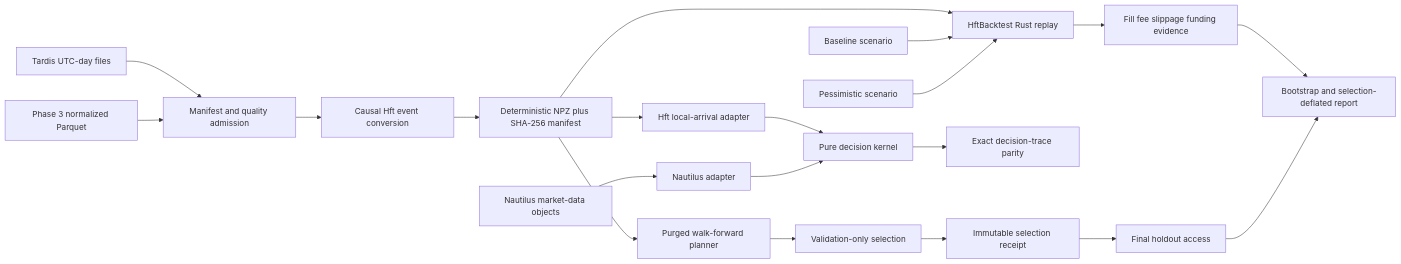
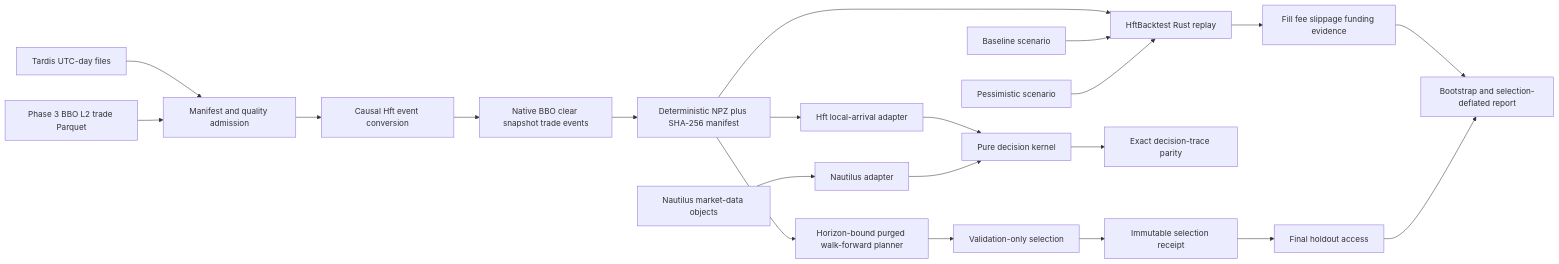
Before and after one commit to AegisFintech/AIQuantTrader: the diagram in docs/architecture/diagrams/phase-5-backtesting.mmd, drawn with Mermaid. The commit also changed 19 other files, not shown here.

```diff
--- a/docs/architecture/diagrams/phase-5-backtesting.mmd
+++ b/docs/architecture/diagrams/phase-5-backtesting.mmd
@@ -1,23 +1,24 @@
 flowchart LR
     TD[Tardis UTC-day files] --> ADMIT[Manifest and quality admission]
-    LP[Phase 3 normalized Parquet] --> ADMIT
+    LP[Phase 3 BBO L2 trade Parquet] --> ADMIT
     ADMIT --> CONVERT[Causal Hft event conversion]
-    CONVERT --> NPZ[Deterministic NPZ plus SHA-256 manifest]
+    CONVERT --> TYPES[Native BBO clear snapshot trade events]
+    TYPES --> NPZ[Deterministic NPZ plus SHA-256 manifest]
 
     NPZ --> HFT[HftBacktest Rust replay]
     BASE[Baseline scenario] --> HFT
     PESS[Pessimistic scenario] --> HFT
     HFT --> EXEC[Fill fee slippage funding evidence]
 
     NPZ --> HA[Hft local-arrival adapter]
     NT[Nautilus market-data objects] --> NA[Nautilus adapter]
     HA --> KERNEL[Pure decision kernel]
     NA --> KERNEL
     KERNEL --> PARITY[Exact decision-trace parity]
 
-    NPZ --> WF[Purged walk-forward planner]
+    NPZ --> WF[Horizon-bound purged walk-forward planner]
     WF --> SELECT[Validation-only selection]
     SELECT --> RECEIPT[Immutable selection receipt]
     RECEIPT --> HOLDOUT[Final holdout access]
     EXEC --> REPORT[Bootstrap and selection-deflated report]
     HOLDOUT --> REPORT
```
